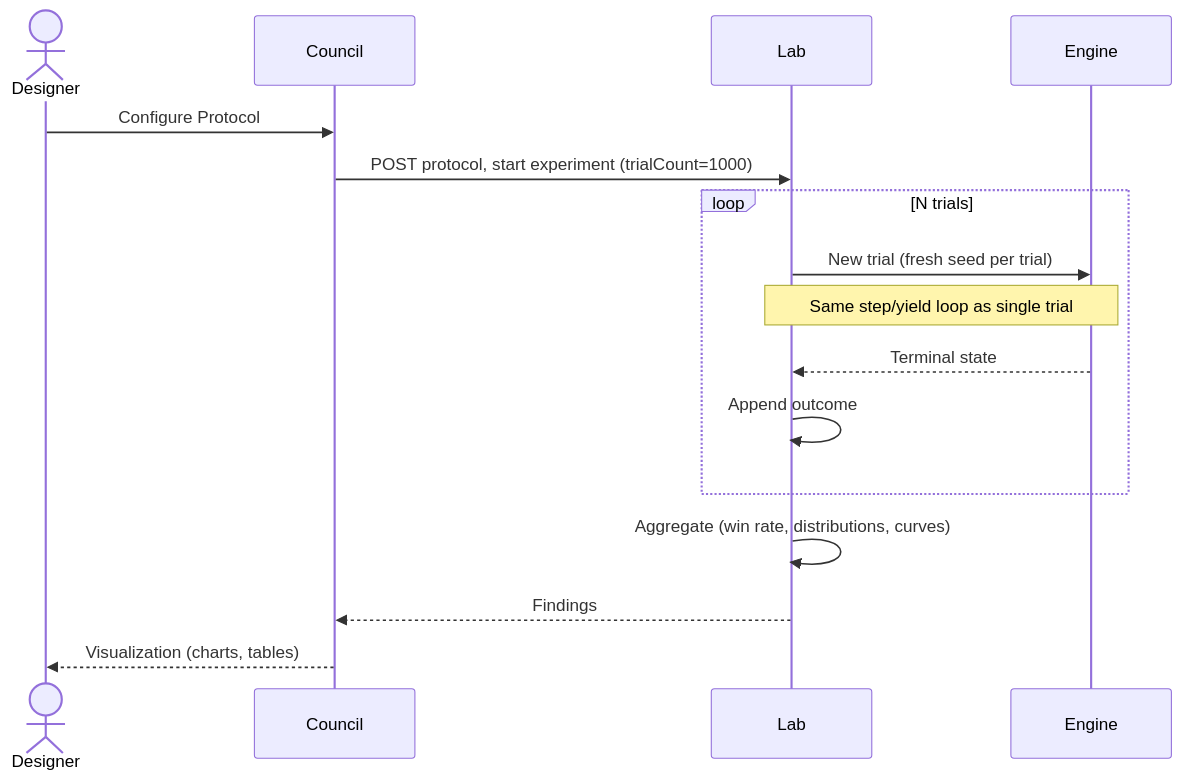
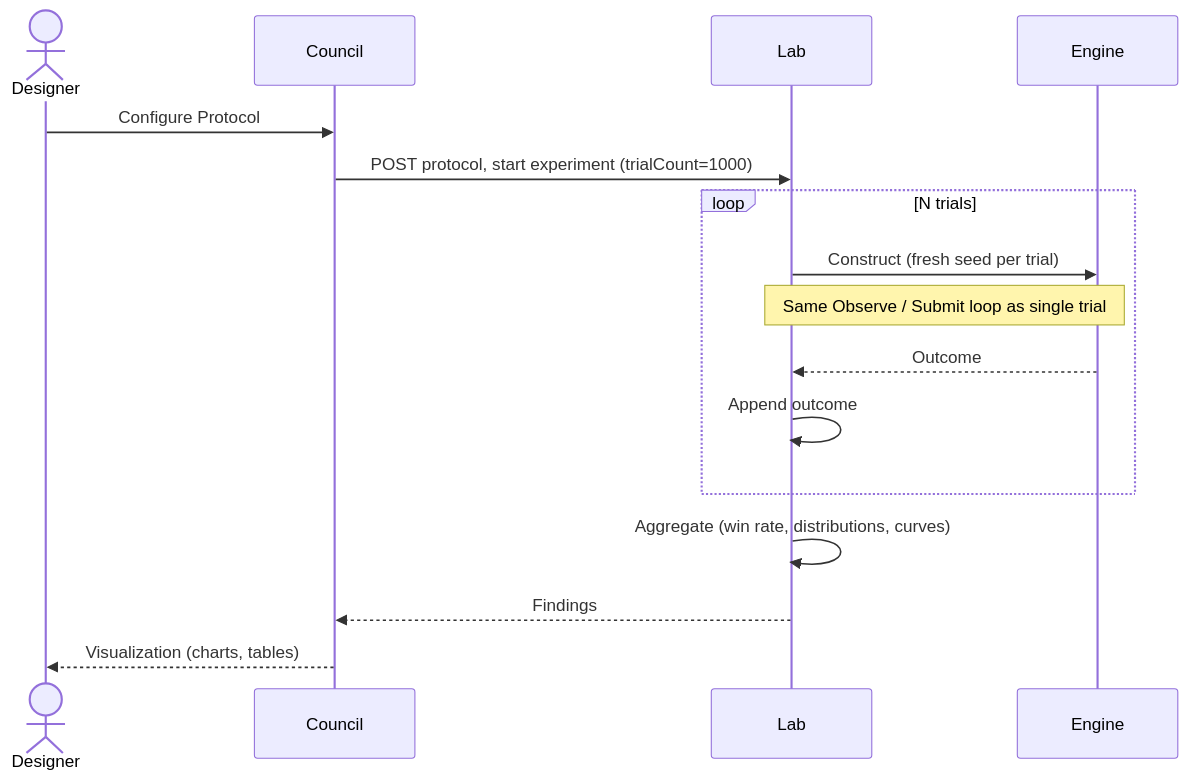
The third of 6 diagrams in docs/design/Design-009_lab-realm.md (pslotinsky/decay-of-magic), drawn with Mermaid before and after one commit. The commit also changed other lines of this file and 7 other files, not shown here.

````diff
--- a/docs/design/Design-009_lab-realm.md
+++ b/docs/design/Design-009_lab-realm.md
@@ -87,19 +89,19 @@
 ```mermaid
 sequenceDiagram
     actor Designer
     participant Council
     participant Lab
     participant Engine
 
     Designer->>Council: Configure Protocol
     Council->>Lab: POST protocol, start experiment (trialCount=1000)
     loop N trials
-        Lab->>Engine: New trial (fresh seed per trial)
-        Note over Lab,Engine: Same step/yield loop as single trial
-        Engine-->>Lab: Terminal state
+        Lab->>Engine: Construct (fresh seed per trial)
+        Note over Lab,Engine: Same Observe / Submit loop as single trial
+        Engine-->>Lab: Outcome
         Lab->>Lab: Append outcome
     end
     Lab->>Lab: Aggregate (win rate, distributions, curves)
     Lab-->>Council: Findings
     Council-->>Designer: Visualization (charts, tables)
 ```
````
